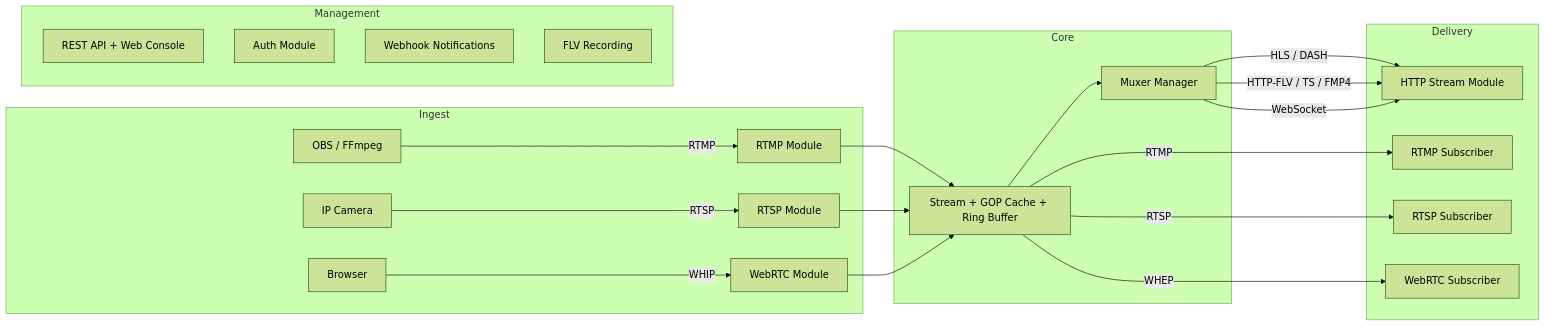
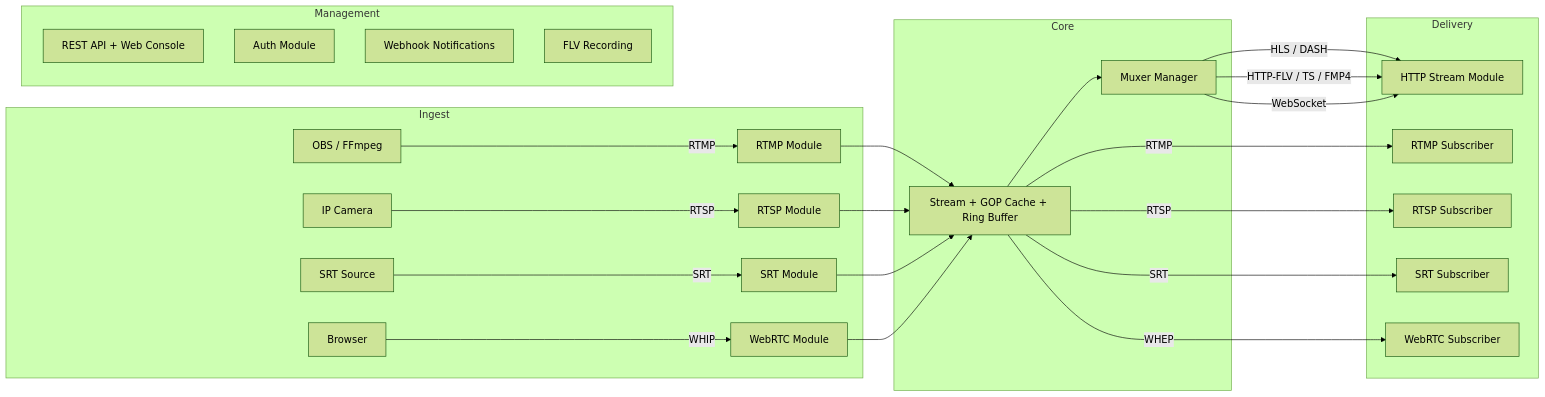
One commit to im-pingo/liveforge changed the diagram in README.md. Above: the diagram before and after it, drawn with Mermaid (forest theme). The commit also changed other lines of this file and 4 other files, not shown here.

````diff
--- a/README.md
+++ b/README.md
@@ -36,31 +37,34 @@
 ```mermaid
 graph LR
     subgraph Ingest
         OBS[OBS / FFmpeg] -->|RTMP| RTMP_MOD[RTMP Module]
         CAM[IP Camera] -->|RTSP| RTSP_MOD[RTSP Module]
+        SRT_PUB[SRT Source] -->|SRT| SRT_MOD[SRT Module]
         BROWSER_PUB[Browser] -->|WHIP| WEBRTC_MOD[WebRTC Module]
     end
 
     subgraph Core
         RTMP_MOD --> STREAM[Stream + GOP Cache + Ring Buffer]
         RTSP_MOD --> STREAM
+        SRT_MOD --> STREAM
         WEBRTC_MOD --> STREAM
         STREAM --> MUXER[Muxer Manager]
     end
 
     subgraph Delivery
         MUXER -->|HLS / DASH| HTTP_MOD[HTTP Stream Module]
         MUXER -->|HTTP-FLV / TS / FMP4| HTTP_MOD
         MUXER -->|WebSocket| HTTP_MOD
         STREAM -->|RTMP| RTMP_SUB[RTMP Subscriber]
         STREAM -->|RTSP| RTSP_SUB[RTSP Subscriber]
+        STREAM -->|SRT| SRT_SUB[SRT Subscriber]
         STREAM -->|WHEP| WEBRTC_SUB[WebRTC Subscriber]
     end
 
     subgraph Management
         API[REST API + Web Console]
         AUTH[Auth Module]
         NOTIFY[Webhook Notifications]
         RECORD[FLV Recording]
     end
 ```
````
